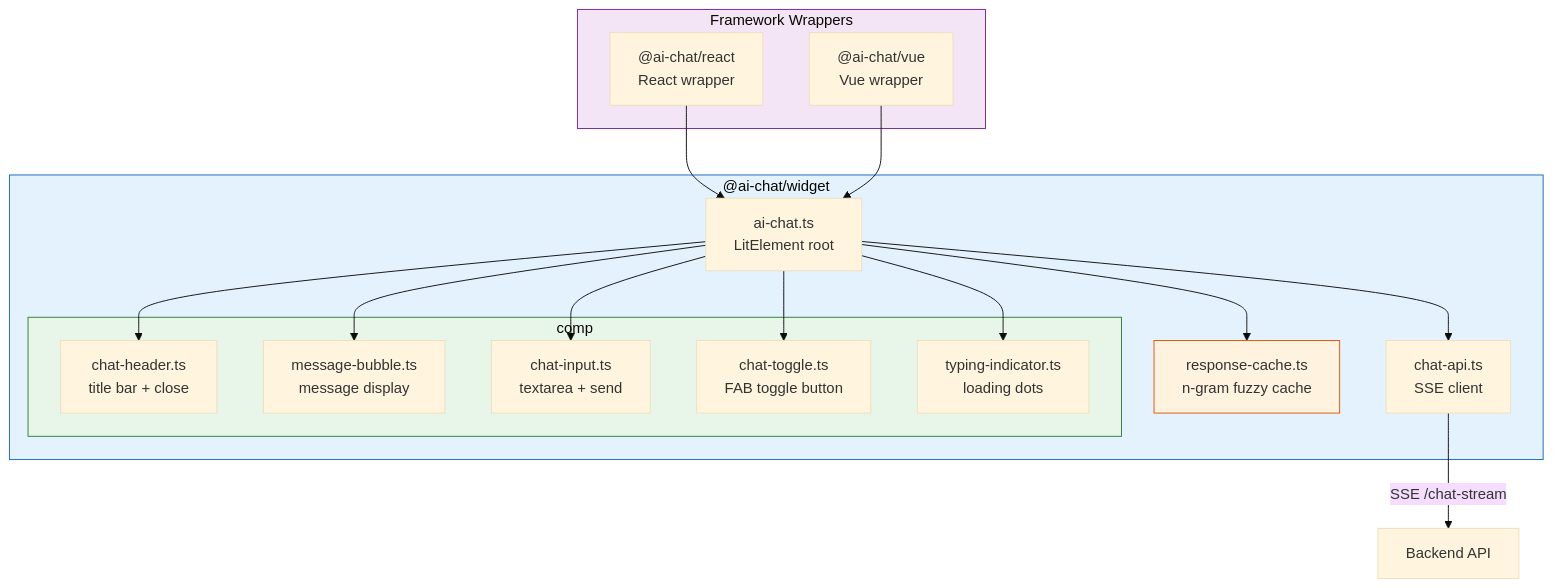
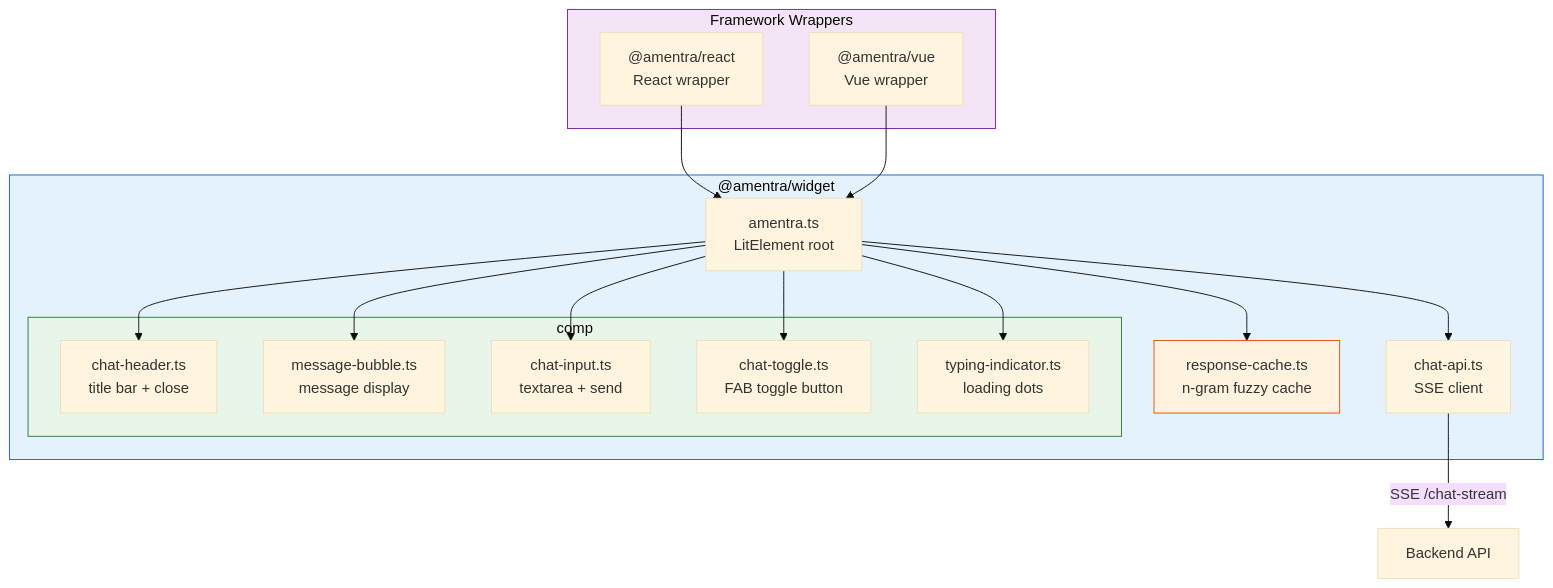
One commit to riskizulfiansyah/amentra changed the diagram in frontend/README.md. Above: the diagram before and after it, drawn with Mermaid (base theme). The commit also changed other lines of this file and 47 other files, not shown here.

````diff
--- a/frontend/README.md
+++ b/frontend/README.md
@@ -19,36 +19,36 @@
 ```mermaid
 graph TD
     subgraph wrappers["Framework Wrappers"]
-        react["@ai-chat/react<br/>React wrapper"]
-        vue["@ai-chat/vue<br/>Vue wrapper"]
+        react["@amentra/react<br/>React wrapper"]
+        vue["@amentra/vue<br/>Vue wrapper"]
     end
-    subgraph widget["@ai-chat/widget"]
-        root["ai-chat.ts<br/>LitElement root"]
+    subgraph widget["@amentra/widget"]
+        root["amentra.ts<br/>LitElement root"]
         comp["Components"]
         api["chat-api.ts<br/>SSE client"]
         cache["response-cache.ts<br/>n-gram fuzzy cache"]
     end
     subgraph comp
         hdr["chat-header.ts<br/>title bar + close"]
         msg["message-bubble.ts<br/>message display"]
         inp["chat-input.ts<br/>textarea + send"]
         toggle["chat-toggle.ts<br/>FAB toggle button"]
         typing["typing-indicator.ts<br/>loading dots"]
     end
 
     react --> root
     vue --> root
     root --> hdr
     root --> msg
     root --> inp
     root --> toggle
     root --> typing
     root --> api
     root --> cache
     api -->|"SSE /chat-stream"| API["Backend API"]
 
     style wrappers fill:#f3e5f5,stroke:#7b1fa2
     style widget fill:#e3f2fd,stroke:#1565c0
     style comp fill:#e8f5e9,stroke:#2e7d32
     style cache fill:#fff3e0,stroke:#e65100
 ```
````
